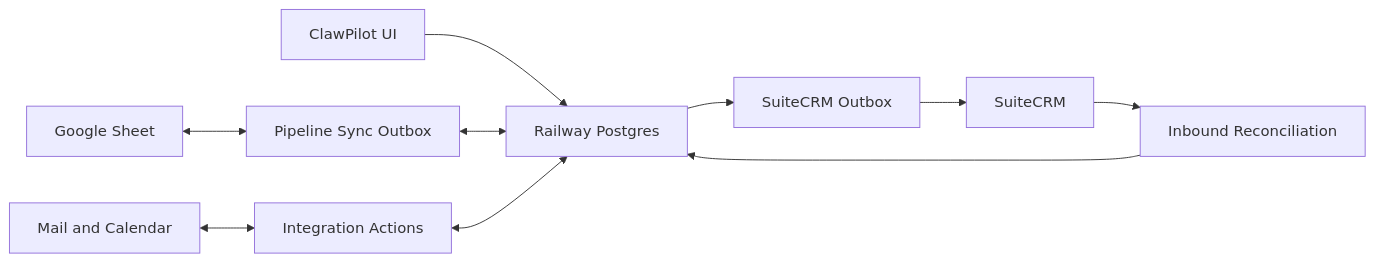
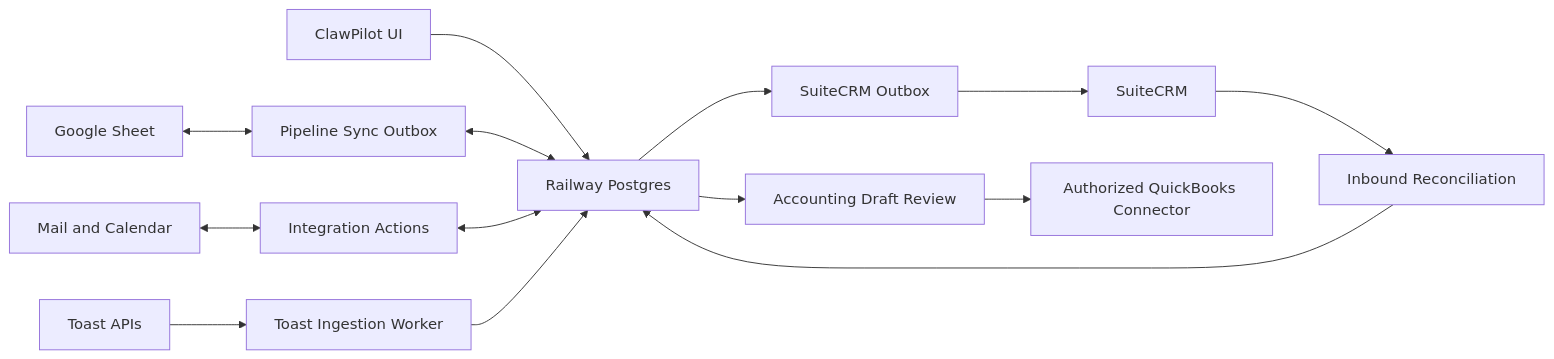
One commit to jarrettcrosby/clawpilot changed the diagram in docs/maps/platform-data-map.md. Above: the diagram before and after it, drawn with Mermaid. The commit also changed other lines of this file and 45 other files, not shown here.

Commit message:
feat: harden agent research and add Toast ingestion

````diff
--- a/docs/maps/platform-data-map.md
+++ b/docs/maps/platform-data-map.md
@@ -35,12 +37,16 @@
 ```mermaid
 flowchart LR
   UI[ClawPilot UI] --> PG[Railway Postgres]
   Sheet[Google Sheet] <--> Outbox[Pipeline Sync Outbox]
   Outbox <--> PG
   PG --> CRMOutbox[SuiteCRM Outbox]
   CRMOutbox --> SuiteCRM[SuiteCRM]
   SuiteCRM --> Inbound[Inbound Reconciliation]
   Inbound --> PG
   Providers[Mail and Calendar] <--> Actions[Integration Actions]
   Actions <--> PG
+  Toast[Toast APIs] --> ToastWorker[Toast Ingestion Worker]
+  ToastWorker --> PG
+  PG --> AccountingDraft[Accounting Draft Review]
+  AccountingDraft --> QuickBooks[Authorized QuickBooks Connector]
 ```
````
